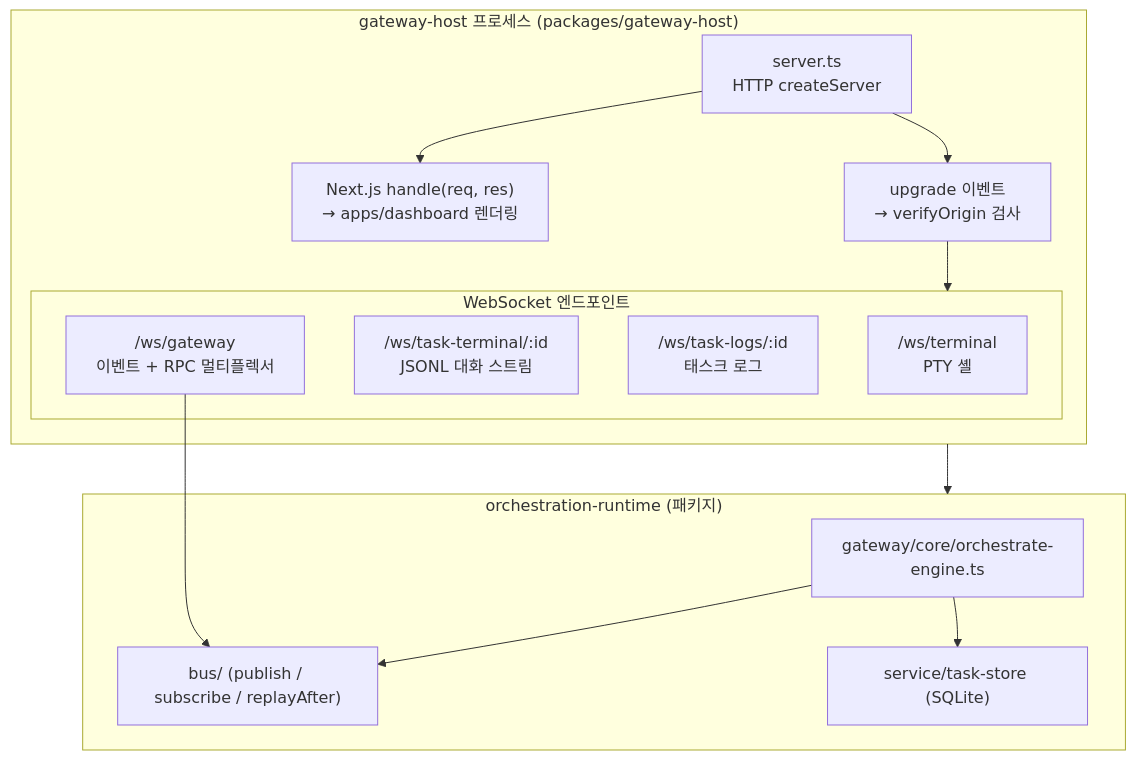
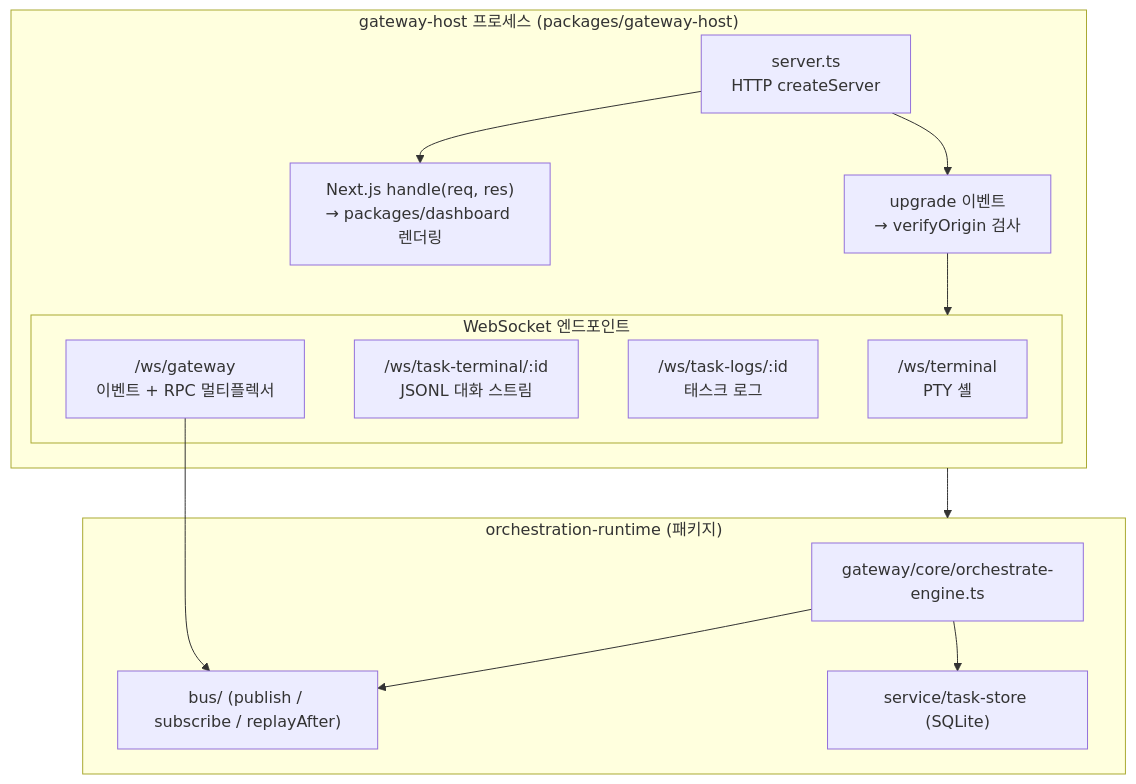
Before and after one commit to sdadaniel/orchestation: the first of 4 diagrams in docs/architecture/orchestrator-node-architecture.md, drawn with Mermaid. The commit also changed other lines of this file and 221 other files, not shown here.

````diff
--- a/docs/architecture/orchestrator-node-architecture.md
+++ b/docs/architecture/orchestrator-node-architecture.md
@@ -9,31 +9,31 @@
 ```mermaid
 flowchart TB
   subgraph gw["gateway-host 프로세스 (packages/gateway-host)"]
     server["server.ts\nHTTP createServer"]
-    next_handler["Next.js handle(req, res)\n→ apps/dashboard 렌더링"]
+    next_handler["Next.js handle(req, res)\n→ packages/dashboard 렌더링"]
     upgrade["upgrade 이벤트\n→ verifyOrigin 검사"]
 
     server --> next_handler
     server --> upgrade
 
     subgraph ws_endpoints["WebSocket 엔드포인트"]
       wss_terminal["/ws/terminal\nPTY 셸"]
       wss_task_terminal["/ws/task-terminal/:id\nJSONL 대화 스트림"]
       wss_task_logs["/ws/task-logs/:id\n태스크 로그"]
       wss_gateway["/ws/gateway\n이벤트 + RPC 멀티플렉서"]
     end
 
     upgrade --> ws_endpoints
   end
 
   subgraph runtime["orchestration-runtime (패키지)"]
     engine["gateway/core/orchestrate-engine.ts"]
     bus["bus/ (publish / subscribe / replayAfter)"]
     store["service/task-store (SQLite)"]
   end
 
   gw --> runtime
   wss_gateway --> bus
   engine --> bus
   engine --> store
 ```
````
